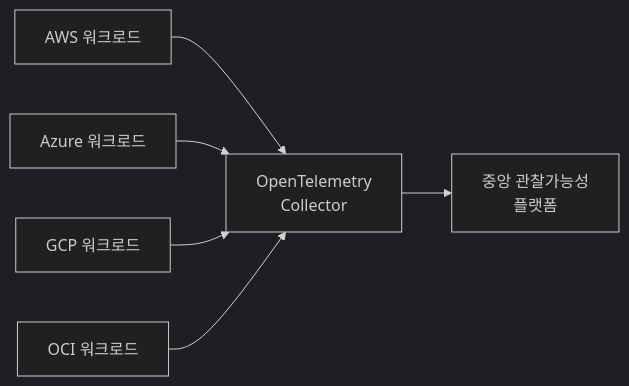
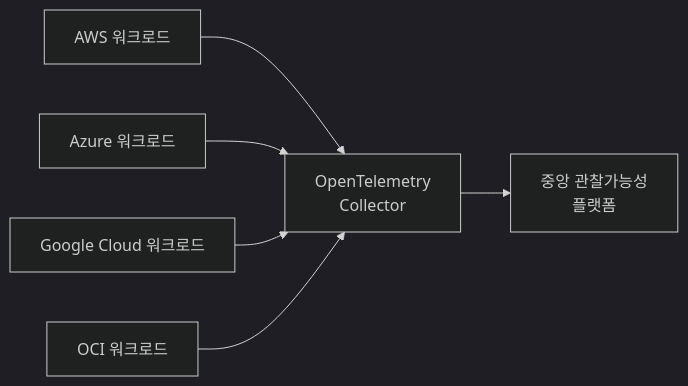
Before and after one commit to cloudpickr/cloudpick-docs: the first of 3 diagrams in devops/observability.md, drawn with Mermaid (dark theme). The commit also changed other lines of this file and 68 other files, not shown here.

Commit message:
docs: standardize all GCP references to Google Cloud

````diff
--- a/devops/observability.md
+++ b/devops/observability.md
@@ -35,8 +35,8 @@
 ```mermaid
 graph LR
     A1[AWS 워크로드] --> O[OpenTelemetry<br/>Collector]
     A2[Azure 워크로드] --> O
-    A3[GCP 워크로드] --> O
+    A3[Google Cloud 워크로드] --> O
     A4[OCI 워크로드] --> O
     O --> B[중앙 관찰가능성<br/>플랫폼]
 ```
````
